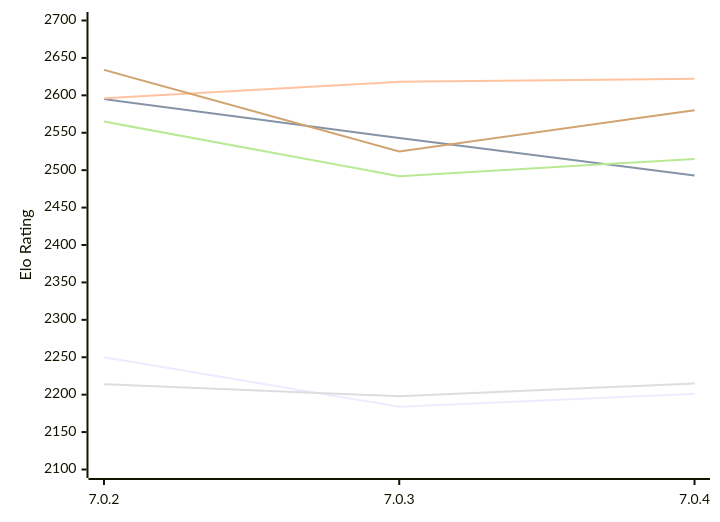
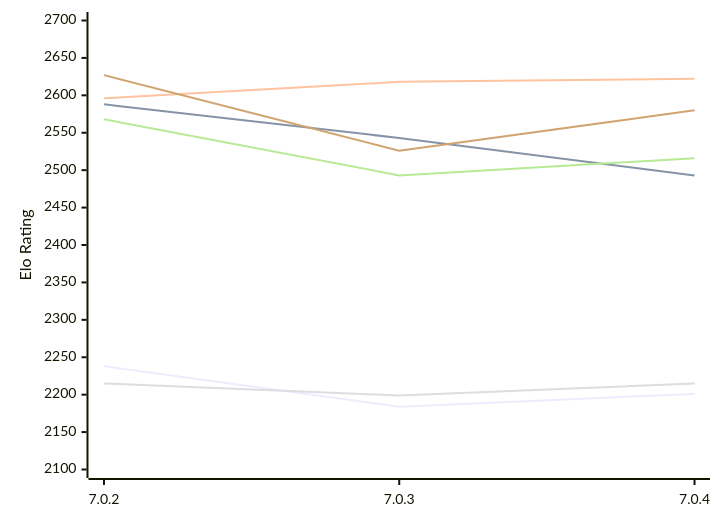
Before and after one commit to computer-chess-index/cci: the diagram in engines/Buster.md, drawn with Mermaid. The commit also changed other lines of this file, not shown here.

Commit message:
Update CCI Ratings (ELO VLTC) - 2026-11-27

````diff
--- a/engines/Buster.md
+++ b/engines/Buster.md
@@ -51,12 +51,12 @@
 ```mermaid
 %%{init: {"theme":"base","themeVariables":{"seriesColors:['#a3a3a3','#222221','#faa371']}}}%%
 xychart-beta
   x-axis ["7.0.2", "7.0.3", "7.0.4"]
   y-axis "Elo Rating" 2100 --> 2700
-  line "E1: STC (8.0+0.08s)" [2250, 2184, 2201]
-  line "E1: LTC (60.0+0.60s)" [2595, 2543, 2493]
+  line "E1: STC (8.0+0.08s)" [2238, 2184, 2201]
+  line "E1: LTC (60.0+0.60s)" [2588, 2543, 2493]
   line "E1: VLTC (2m24s+1.12s)" [2596, 2618, 2622]
-  line "P1: STC (8.0+0.08s)" [2214, 2198, 2215]
-  line "P1: LTC (60.0+0.60s)" [2565, 2492, 2515]
-  line "P1: VLTC (2m24s+1.12s)" [2634, 2525, 2580]
+  line "P1: STC (8.0+0.08s)" [2215, 2199, 2215]
+  line "P1: LTC (60.0+0.60s)" [2568, 2493, 2516]
+  line "P1: VLTC (2m24s+1.12s)" [2627, 2526, 2580]
 ```
````
